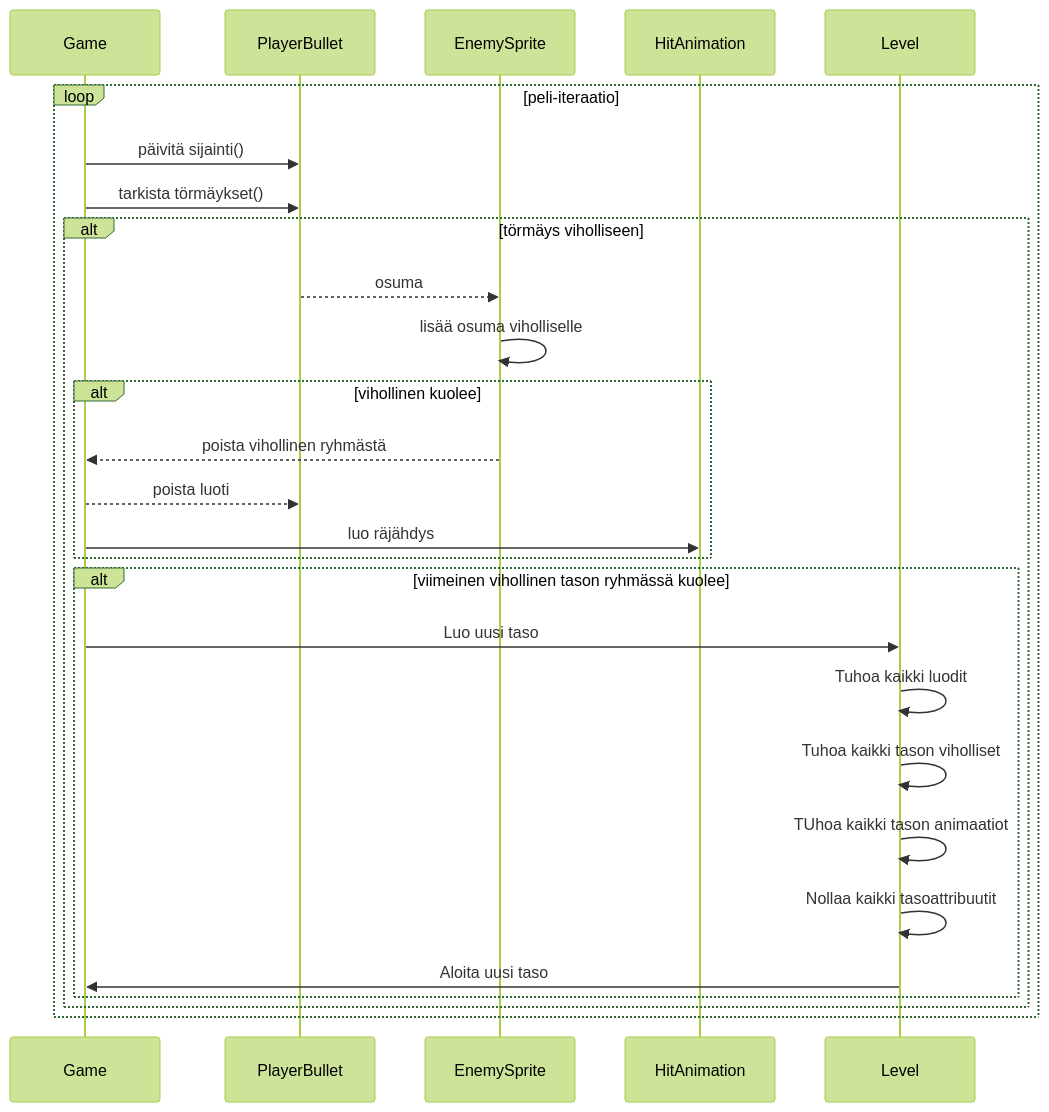
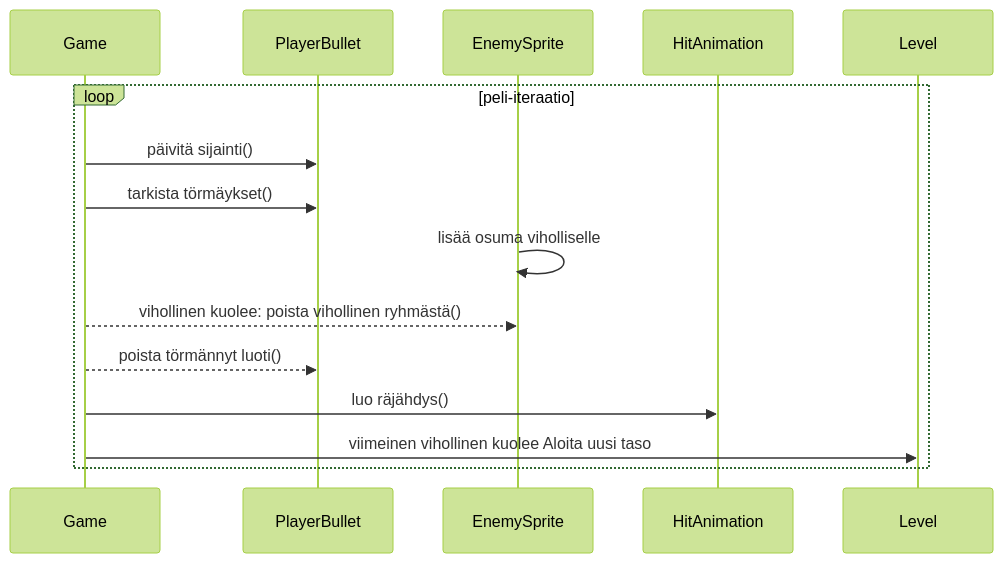
Diagram 18 of 19 in dokumentaatio/arkkitehtuuri.md (Tapir79/ot-harjoitustyo), drawn with Mermaid (forest theme) before and after one commit. The commit also changed other lines of this file and 20 other files, not shown here.

````diff
--- a/dokumentaatio/arkkitehtuuri.md
+++ b/dokumentaatio/arkkitehtuuri.md
@@ -427,33 +439,23 @@
 ```mermaid
 sequenceDiagram
     participant Game
     participant PlayerBullet
     participant EnemySprite
     participant HitAnimation
     participant Level
 
     loop peli-iteraatio
         Game->>PlayerBullet: päivitä sijainti()
         Game->>PlayerBullet: tarkista törmäykset()
 
-        alt törmäys viholliseen
-            PlayerBullet-->>EnemySprite: osuma
-            EnemySprite->>EnemySprite: lisää osuma viholliselle
-            alt vihollinen kuolee
-                EnemySprite-->>Game: poista vihollinen ryhmästä
-                Game-->>PlayerBullet: poista luoti
-                Game->>HitAnimation: luo räjähdys
-            end
-            alt viimeinen vihollinen tason ryhmässä kuolee
-                Game->>Level: Luo uusi taso
-                Level->>Level: Tuhoa kaikki luodit
-                Level->>Level: Tuhoa kaikki tason viholliset
-                Level->>Level: TUhoa kaikki tason animaatiot
-                Level->>Level: Nollaa kaikki tasoattribuutit
-                Level->>Game: Aloita uusi taso
-            end
-            
-        end  
+        EnemySprite->>EnemySprite: lisää osuma viholliselle
+        
+        Game-->>EnemySprite: vihollinen kuolee: poista vihollinen ryhmästä()
+        Game-->>PlayerBullet: poista törmännyt luoti()
+        Game->>HitAnimation: luo räjähdys()
+        
+        Game->>Level: viimeinen vihollinen kuolee Aloita uusi taso
+        
     end
 
 ```
````
